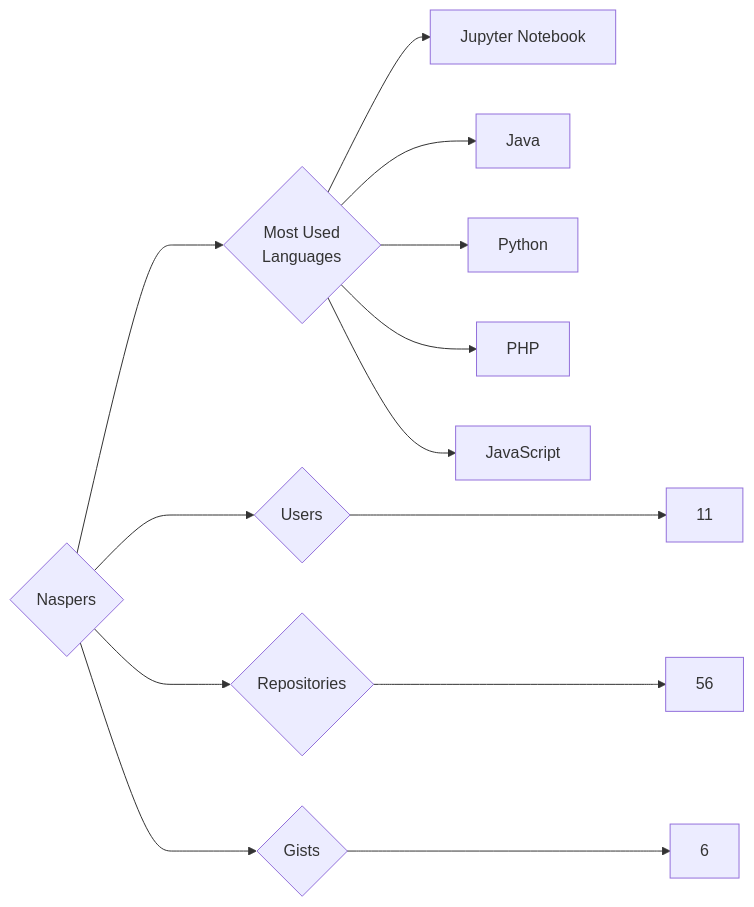
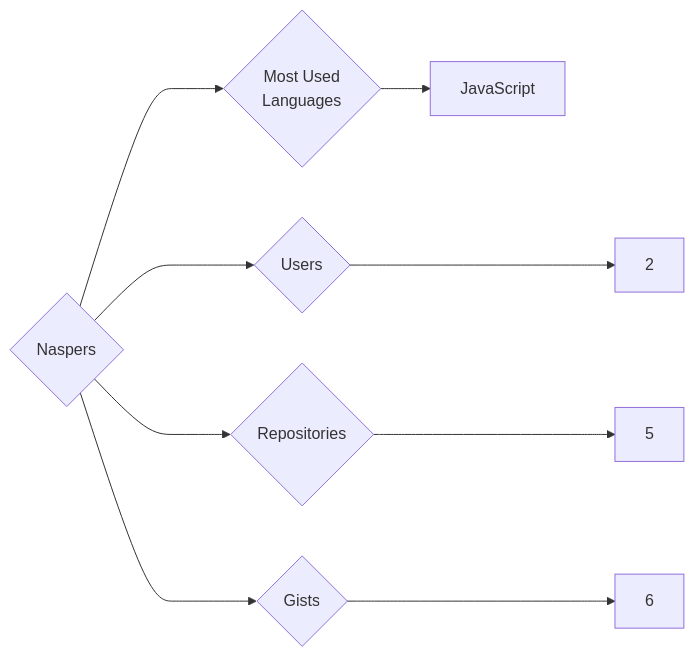
The diagram in targets/Naspers/README.md (trickest/insiders), drawn with Mermaid before and after one commit. The commit also changed 895 other files, not shown here.

````diff
--- a/targets/Naspers/README.md
+++ b/targets/Naspers/README.md
@@ -3,13 +3,9 @@
 ```mermaid
 graph LR
 COMPANY_NAME{Naspers}
-COMPANY_NAME ---> U{Users} ---> UN[11]
-COMPANY_NAME ---> R{Repositories} ---> RN[56]
+COMPANY_NAME ---> U{Users} ---> UN[2]
+COMPANY_NAME ---> R{Repositories} ---> RN[5]
 COMPANY_NAME ---> G{Gists} ---> GN[6]
 COMPANY_NAME ---> ML{Most Used<br>Languages}
-ML --> Jupyter_Notebook[Jupyter Notebook]
-ML --> Java[Java]
-ML --> Python[Python]
-ML --> PHP[PHP]
 ML --> JavaScript[JavaScript]
 ```
````
